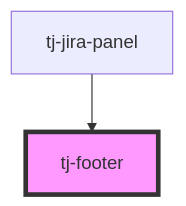
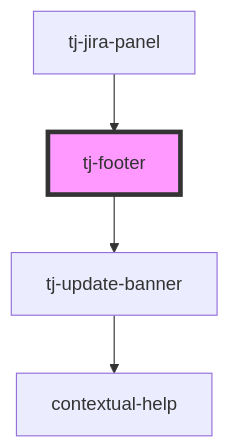
The diagram in src/components/tj-jira-panel/components/footer/readme.md (davids-ensemble/tj-jira-panel), drawn with Mermaid before and after one commit. The commit also changed other lines of this file and 7 other files, not shown here.

````diff
--- a/src/components/tj-jira-panel/components/footer/readme.md
+++ b/src/components/tj-jira-panel/components/footer/readme.md
@@ -35,5 +40,7 @@
 ```mermaid
 graph TD;
+  tj-footer --> tj-update-banner
+  tj-update-banner --> contextual-help
   tj-jira-panel --> tj-footer
   style tj-footer fill:#f9f,stroke:#333,stroke-width:4px
 ```
````
